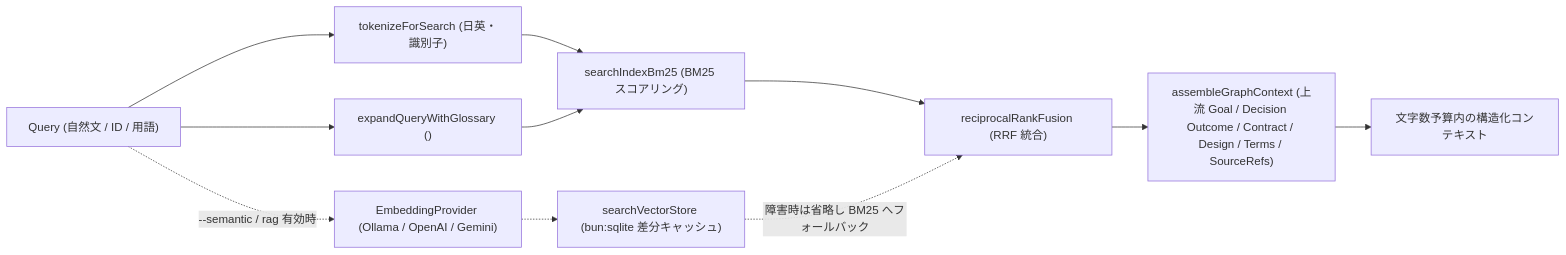
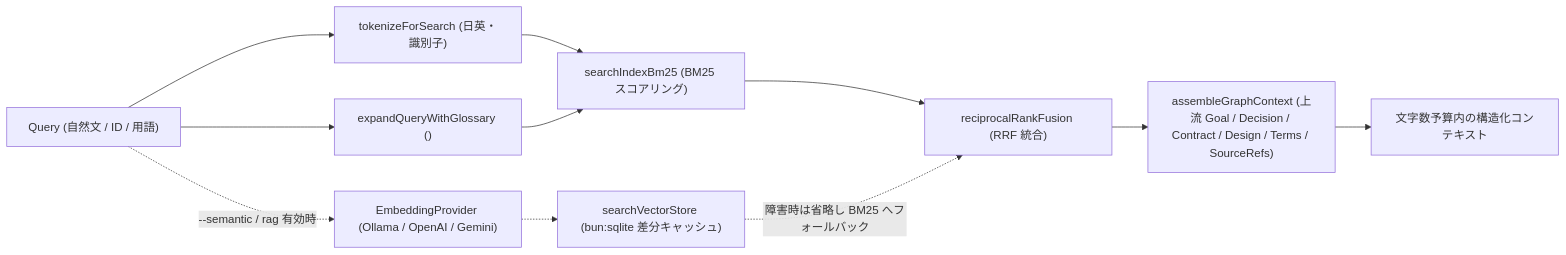
Before and after one commit to naatin777/documi: the diagram in docs/designs/retrieval-and-hybrid-rag.mdx, drawn with Mermaid. The commit also changed 86 other files, not shown here.

````diff
--- a/docs/designs/retrieval-and-hybrid-rag.mdx
+++ b/docs/designs/retrieval-and-hybrid-rag.mdx
@@ -18,16 +18,16 @@
 ```mermaid
 flowchart LR
     Q["Query (自然文 / ID / 用語)"] --> Tok["tokenizeForSearch (日英・識別子)"]
     Q --> Exp["expandQueryWithGlossary (<TermDef aliases>)"]
     Tok --> BM25["searchIndexBm25 (BM25 スコアリング)"]
     Exp --> BM25
 
     Q -. "--semantic / rag 有効時" .-> Embed["EmbeddingProvider (Ollama / OpenAI / Gemini)"]
     Embed -.-> Vec["searchVectorStore (bun:sqlite 差分キャッシュ)"]
 
     BM25 --> RRF["reciprocalRankFusion (RRF 統合)"]
     Vec -. "障害時は省略し BM25 へフォールバック" .-> RRF
 
-    RRF --> Graph["assembleGraphContext (上流 Goal / Decision Outcome / Contract / Design / Terms / SourceRefs)"]
+    RRF --> Graph["assembleGraphContext (上流 Goal / Decision / Contract / Design / Terms / SourceRefs)"]
     Graph --> Out["文字数予算内の構造化コンテキスト"]
 ```
````
